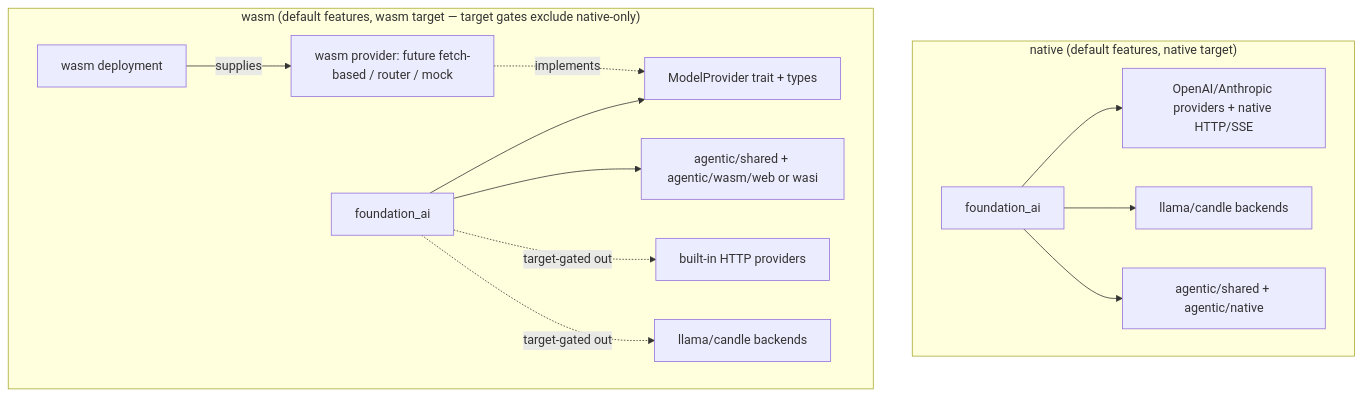
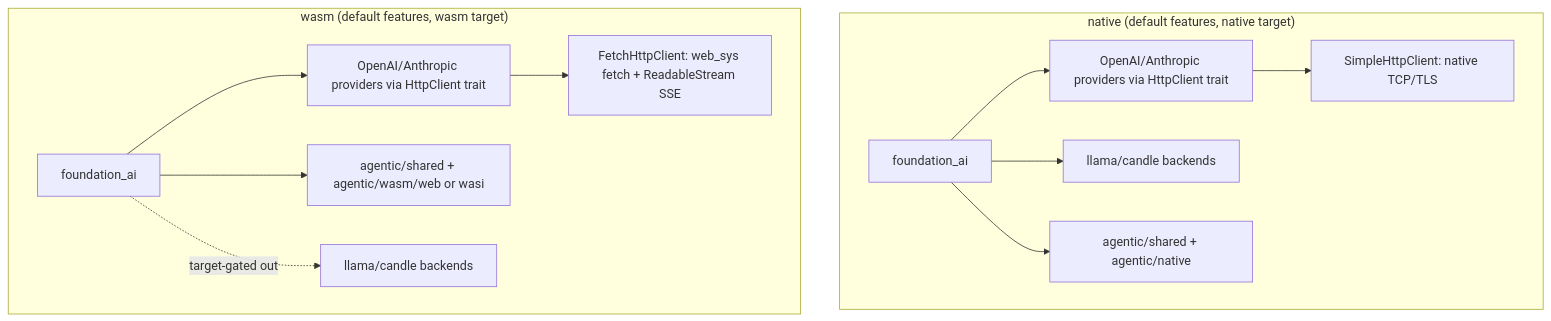
Before and after one commit to ewe-studios/ewe_platform: the diagram in specifications/36-agentic-api/features/00c-foundation-ai-wasm-providers/feature.md, drawn with Mermaid. The commit also changed other lines of this file and 3 other files, not shown here.

````diff
--- a/specifications/36-agentic-api/features/00c-foundation-ai-wasm-providers/feature.md
+++ b/specifications/36-agentic-api/features/00c-foundation-ai-wasm-providers/feature.md
@@ -132,16 +139,15 @@
 ```mermaid
 graph TD
     subgraph "native (default features, native target)"
-        N[foundation_ai] --> NP[OpenAI/Anthropic providers + native HTTP/SSE]
+        N[foundation_ai] --> NP[OpenAI/Anthropic providers via HttpClient trait]
+        NP --> NS[SimpleHttpClient: native TCP/TLS]
         N --> NL[llama/candle backends]
         N --> NA[agentic/shared + agentic/native]
     end
-    subgraph "wasm (default features, wasm target — target gates exclude native-only)"
-        W[foundation_ai] --> WT[ModelProvider trait + types]
+    subgraph "wasm (default features, wasm target)"
+        W[foundation_ai] --> WP[OpenAI/Anthropic providers via HttpClient trait]
+        WP --> WF[FetchHttpClient: web_sys fetch + ReadableStream SSE]
         W --> WA[agentic/shared + agentic/wasm/web or wasi]
-        W -.target-gated out.-> WP[built-in HTTP providers]
         W -.target-gated out.-> WL[llama/candle backends]
-        WX[wasm deployment] -->|supplies| WI[wasm provider: future fetch-based / router / mock]
-        WI -.implements.-> WT
     end
 ```
````
